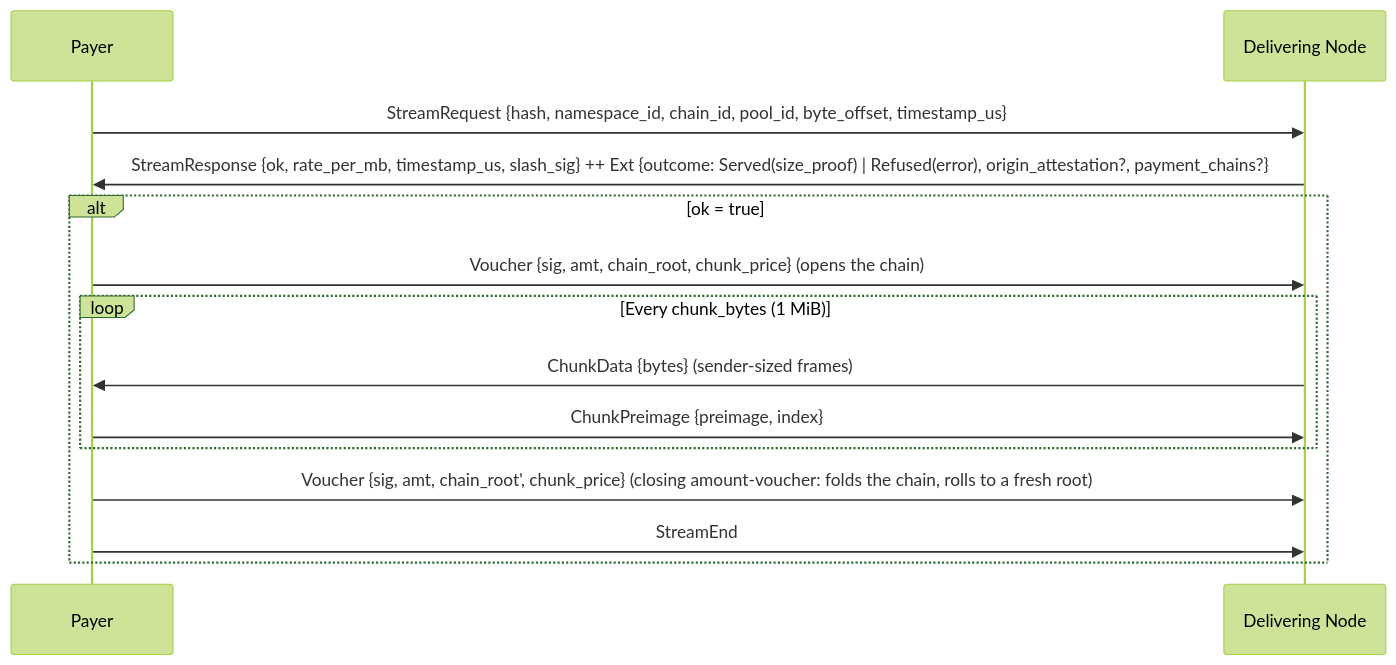
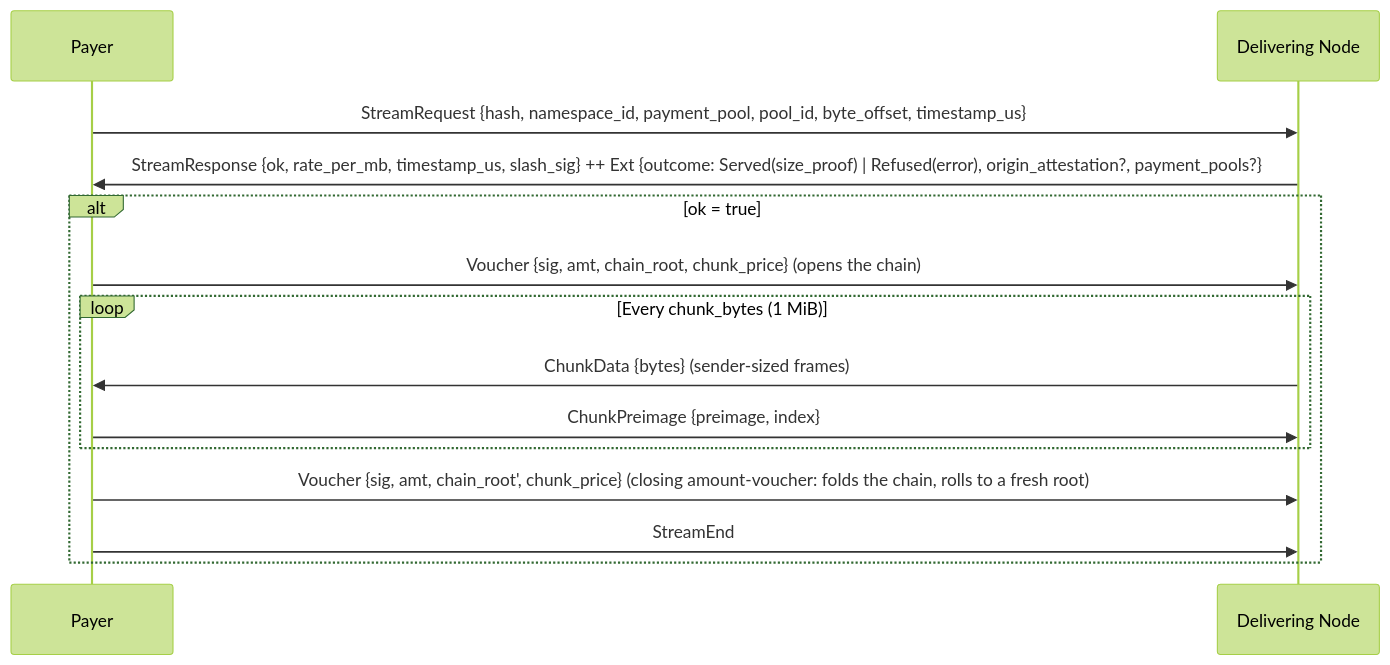
Before and after one commit to decdn/decdn: the second of 3 diagrams in adr/005-protocol.md, drawn with Mermaid (forest theme). The commit also changed other lines of this file and 29 other files, not shown here.

First line of the commit message:
feat(protocol)!: CAIP-10 payment pool on StreamRequest; payment_pools hints and pool refusal

````diff
--- a/adr/005-protocol.md
+++ b/adr/005-protocol.md
@@ -101,18 +101,18 @@
 ```mermaid
 sequenceDiagram
     participant P as Payer
     participant D as Delivering Node
 
-    P->>D: StreamRequest {hash, namespace_id, chain_id, pool_id, byte_offset, timestamp_us}
-    D->>P: StreamResponse {ok, rate_per_mb, timestamp_us, slash_sig} ++ Ext {outcome: Served(size_proof) | Refused(error), origin_attestation?, payment_chains?}
+    P->>D: StreamRequest {hash, namespace_id, payment_pool, pool_id, byte_offset, timestamp_us}
+    D->>P: StreamResponse {ok, rate_per_mb, timestamp_us, slash_sig} ++ Ext {outcome: Served(size_proof) | Refused(error), origin_attestation?, payment_pools?}
 
     alt ok = true
         P->>D: Voucher {sig, amt, chain_root, chunk_price} (opens the chain)
         loop Every chunk_bytes (1 MiB)
             D->>P: ChunkData {bytes} (sender-sized frames)
             P->>D: ChunkPreimage {preimage, index}
         end
         P->>D: Voucher {sig, amt, chain_root', chunk_price} (closing amount-voucher: folds the chain, rolls to a fresh root)
         P->>D: StreamEnd
     end
 ```
````
